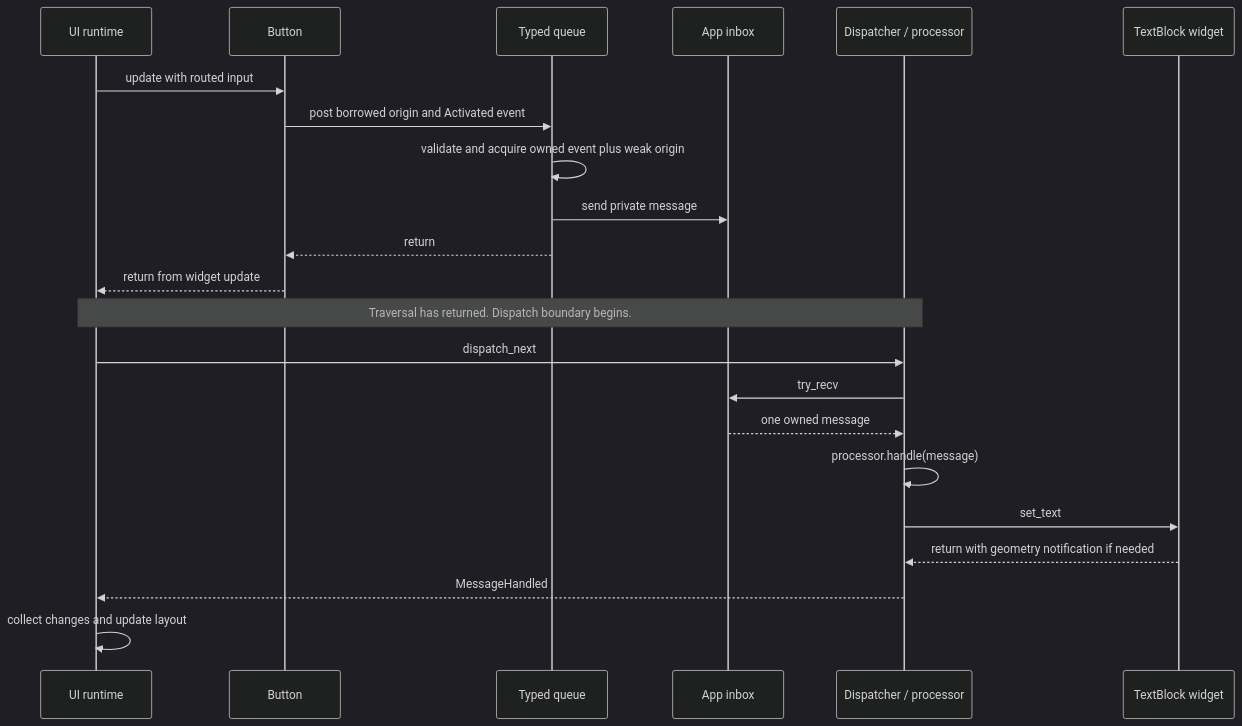
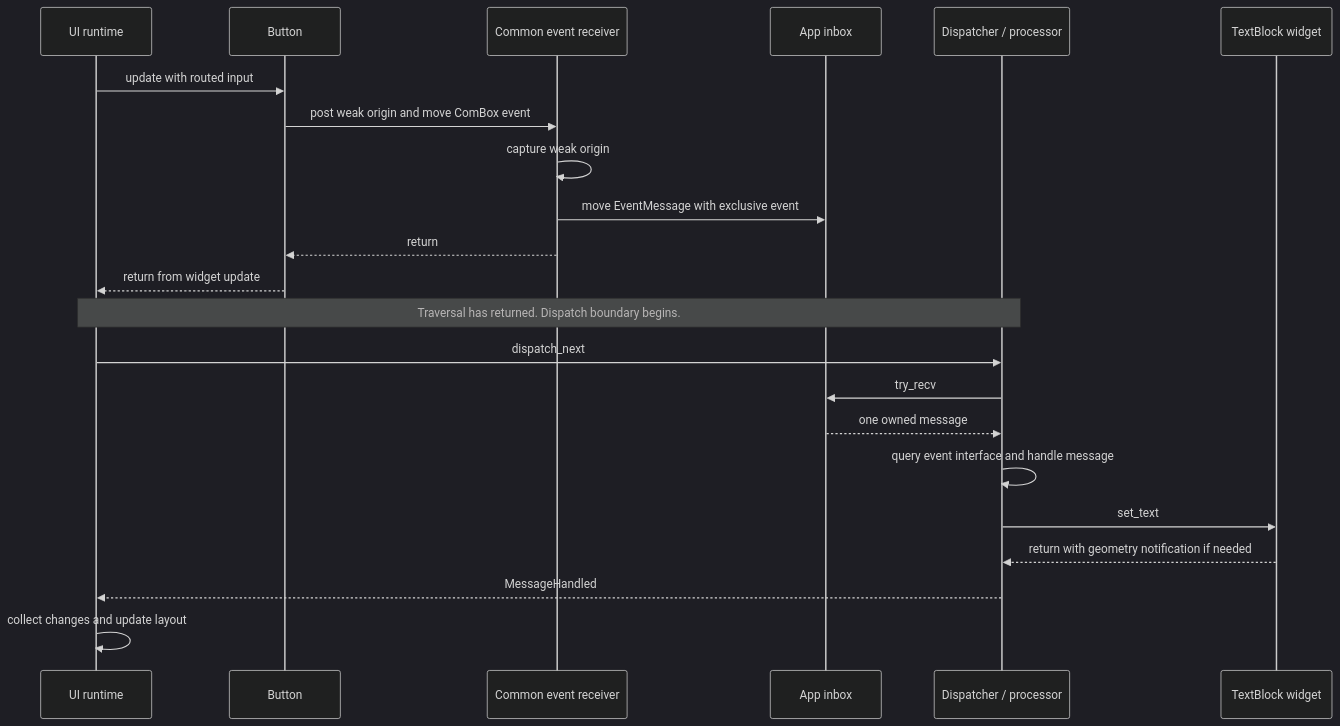
One commit to NeoCogi/neocogi-ui changed the second of 4 diagrams in docs/architecture/WIDGET_EVENT_MODEL.md. Above: the diagram before and after it, drawn with Mermaid (dark theme). The commit also changed other lines of this file and 77 other files, not shown here.

````diff
--- a/docs/architecture/WIDGET_EVENT_MODEL.md
+++ b/docs/architecture/WIDGET_EVENT_MODEL.md
@@ -95,24 +94,24 @@
 ```mermaid
 sequenceDiagram
     participant R as UI runtime
     participant B as Button
-    participant Q as Typed queue
+    participant Q as Common event receiver
     participant I as App inbox
     participant A as Dispatcher / processor
     participant L as TextBlock widget
     R->>B: update with routed input
-    B->>Q: post borrowed origin and Activated event
-    Q->>Q: validate and acquire owned event plus weak origin
-    Q->>I: send private message
+    B->>Q: post weak origin and move ComBox event
+    Q->>Q: capture weak origin
+    Q->>I: move EventMessage with exclusive event
     Q-->>B: return
     B-->>R: return from widget update
     Note over R,A: Traversal has returned. Dispatch boundary begins.
     R->>A: dispatch_next
     A->>I: try_recv
     I-->>A: one owned message
-    A->>A: processor.handle(message)
+    A->>A: query event interface and handle message
     A->>L: set_text
     L-->>A: return with geometry notification if needed
     A-->>R: MessageHandled
     R->>R: collect changes and update layout
 ```
````
